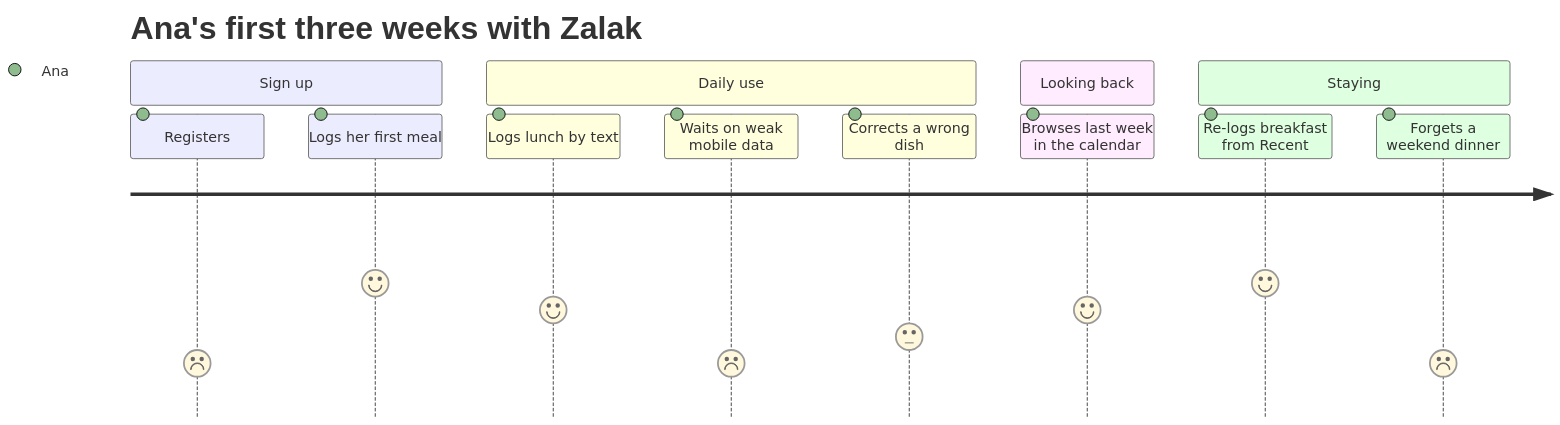
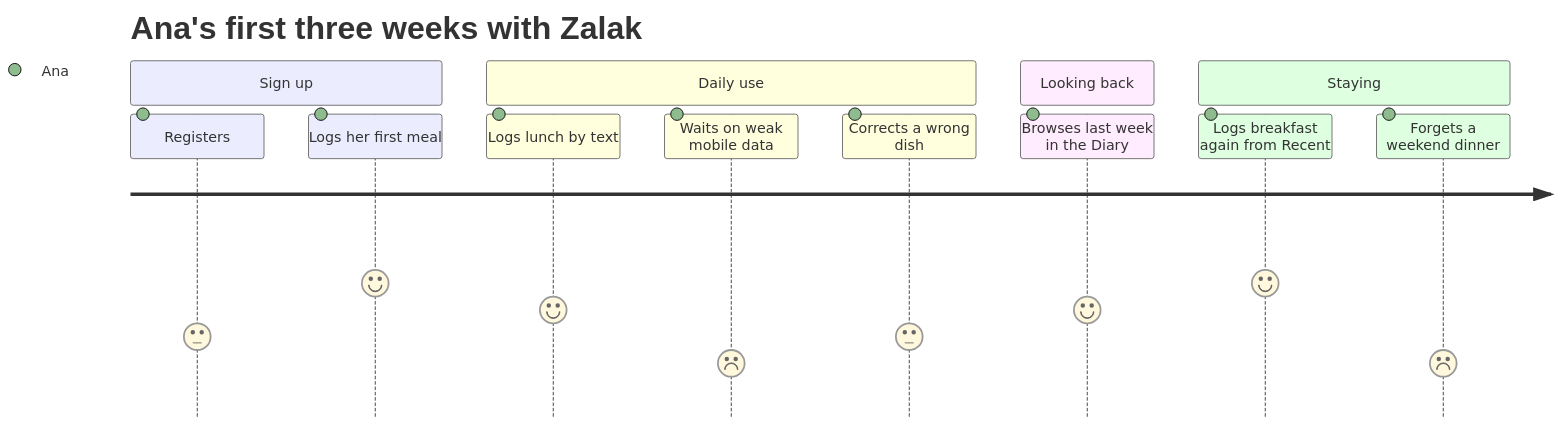
Before and after one commit to vnikiforovski/hci-calorie-app: the second of 2 diagrams in docs/03-task-analysis.md, drawn with Mermaid. The commit also changed other lines of this file and 24 other files, not shown here.

````diff
--- a/docs/03-task-analysis.md
+++ b/docs/03-task-analysis.md
@@ -84,16 +84,16 @@
 ```mermaid
 journey
     title Ana's first three weeks with Zalak
     section Sign up
-      Registers: 2: Ana
+      Registers: 3: Ana
       Logs her first meal: 5: Ana
     section Daily use
       Logs lunch by text: 4: Ana
       Waits on weak mobile data: 2: Ana
       Corrects a wrong dish: 3: Ana
     section Looking back
-      Browses last week in the calendar: 4: Ana
+      Browses last week in the Diary: 4: Ana
     section Staying
-      Re-logs breakfast from Recent: 5: Ana
+      Logs breakfast again from Recent: 5: Ana
       Forgets a weekend dinner: 2: Ana
 ```
````
